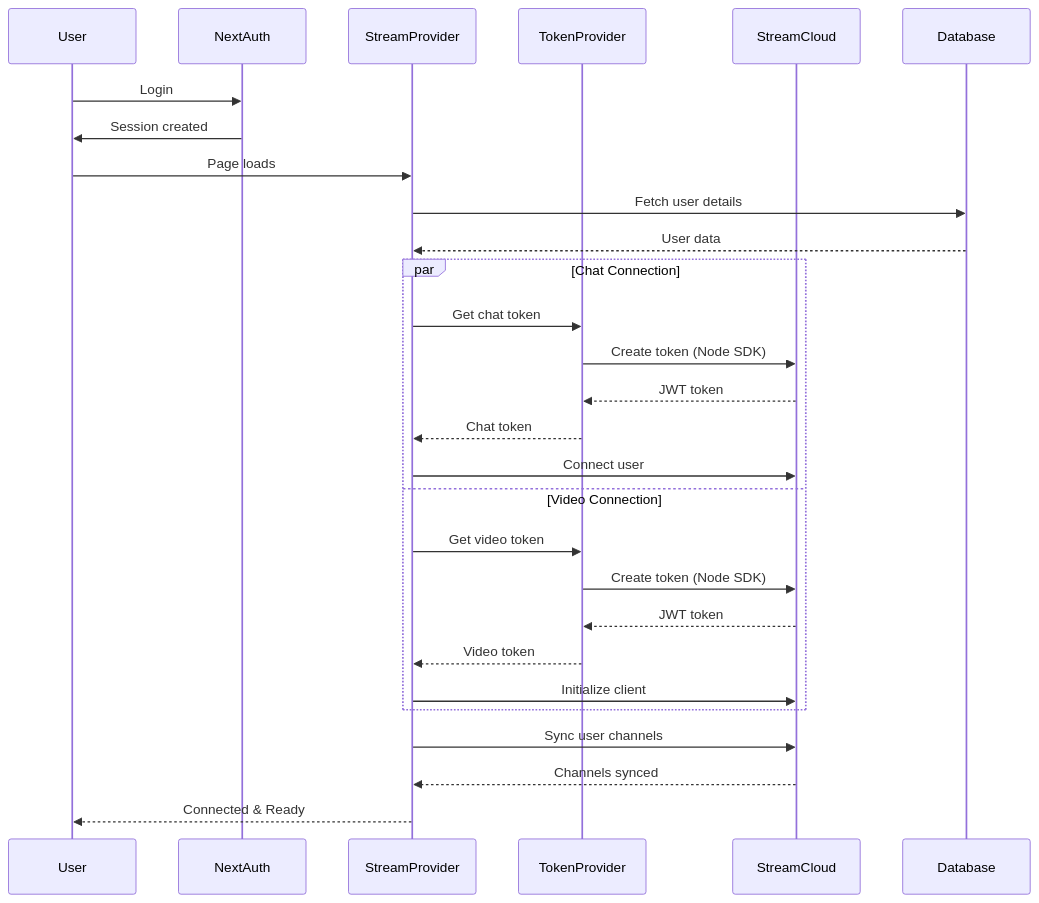
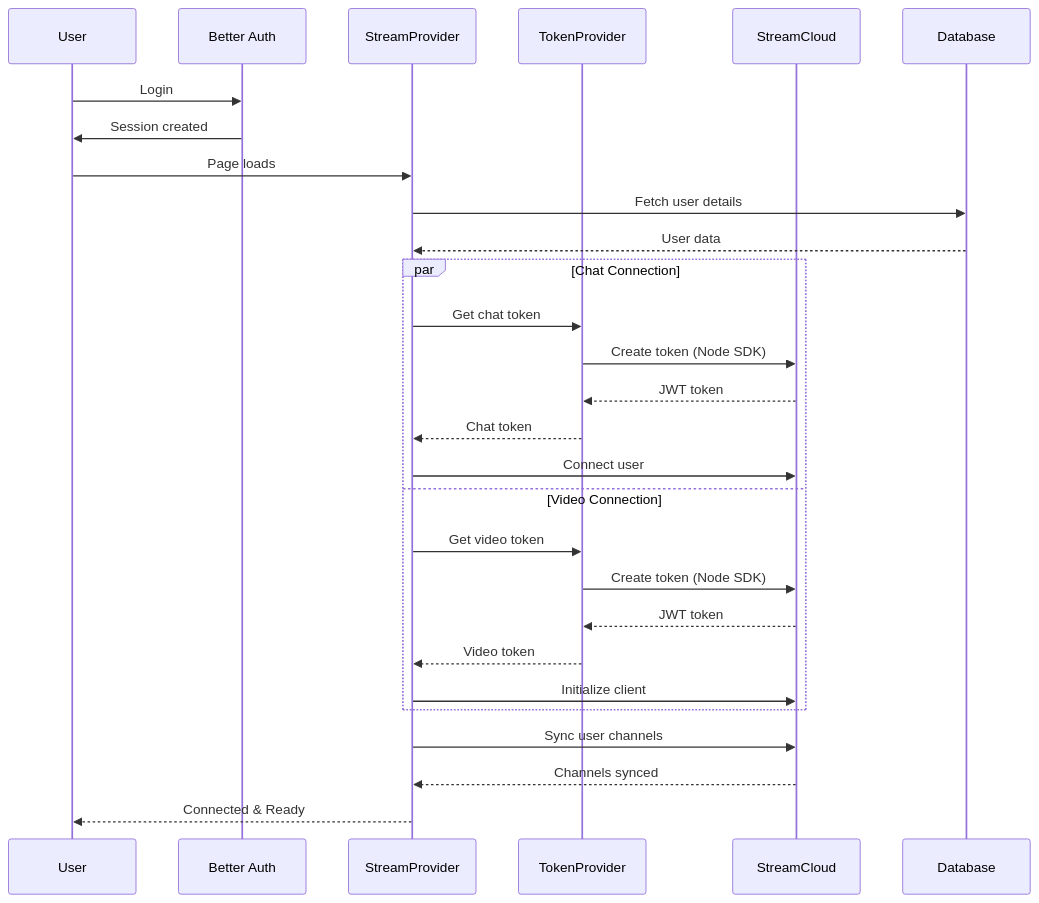
One commit to Practitionist/familiarise_web changed the fourth of 7 diagrams in docs/stream/01-architecture.md. Above: the diagram before and after it, drawn with Mermaid. The commit also changed other lines of this file and 10 other files, not shown here.

````diff
--- a/docs/stream/01-architecture.md
+++ b/docs/stream/01-architecture.md
@@ -179,34 +179,34 @@
 ```mermaid
 sequenceDiagram
     participant User
-    participant NextAuth
+    participant BetterAuth as Better Auth
     participant StreamProvider
     participant TokenProvider
     participant StreamCloud
     participant Database
 
-    User->>NextAuth: Login
-    NextAuth->>User: Session created
+    User->>BetterAuth: Login
+    BetterAuth->>User: Session created
 
     User->>StreamProvider: Page loads
     StreamProvider->>Database: Fetch user details
     Database-->>StreamProvider: User data
 
     par Chat Connection
         StreamProvider->>TokenProvider: Get chat token
         TokenProvider->>StreamCloud: Create token (Node SDK)
         StreamCloud-->>TokenProvider: JWT token
         TokenProvider-->>StreamProvider: Chat token
         StreamProvider->>StreamCloud: Connect user
     and Video Connection
         StreamProvider->>TokenProvider: Get video token
         TokenProvider->>StreamCloud: Create token (Node SDK)
         StreamCloud-->>TokenProvider: JWT token
         TokenProvider-->>StreamProvider: Video token
         StreamProvider->>StreamCloud: Initialize client
     end
 
     StreamProvider->>StreamCloud: Sync user channels
     StreamCloud-->>StreamProvider: Channels synced
     StreamProvider-->>User: Connected & Ready
 ```
````
